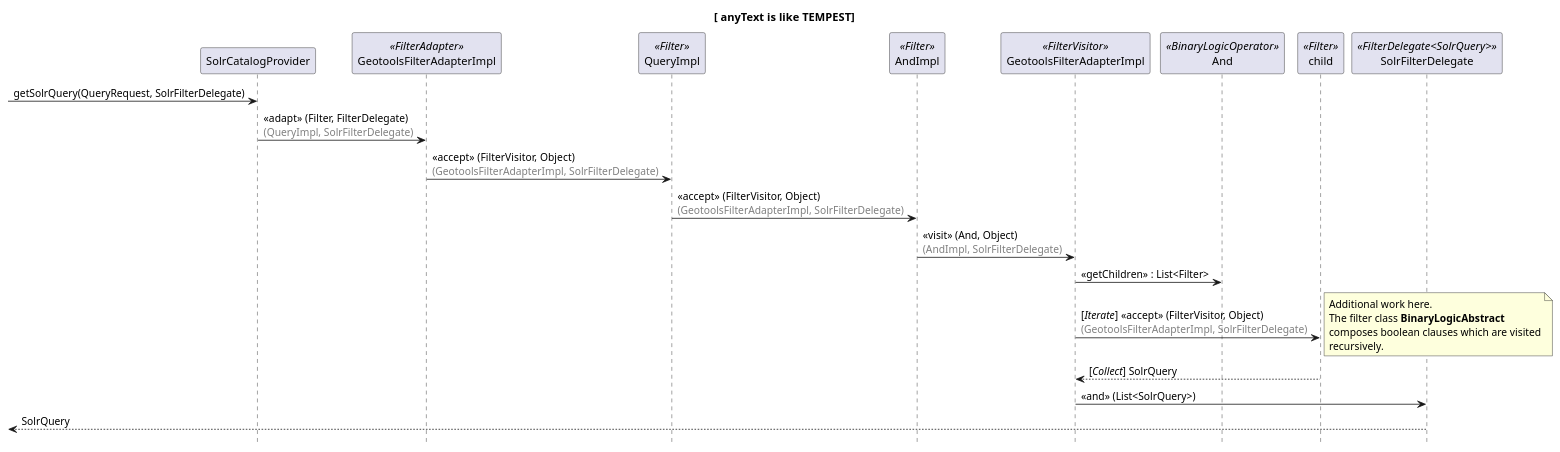
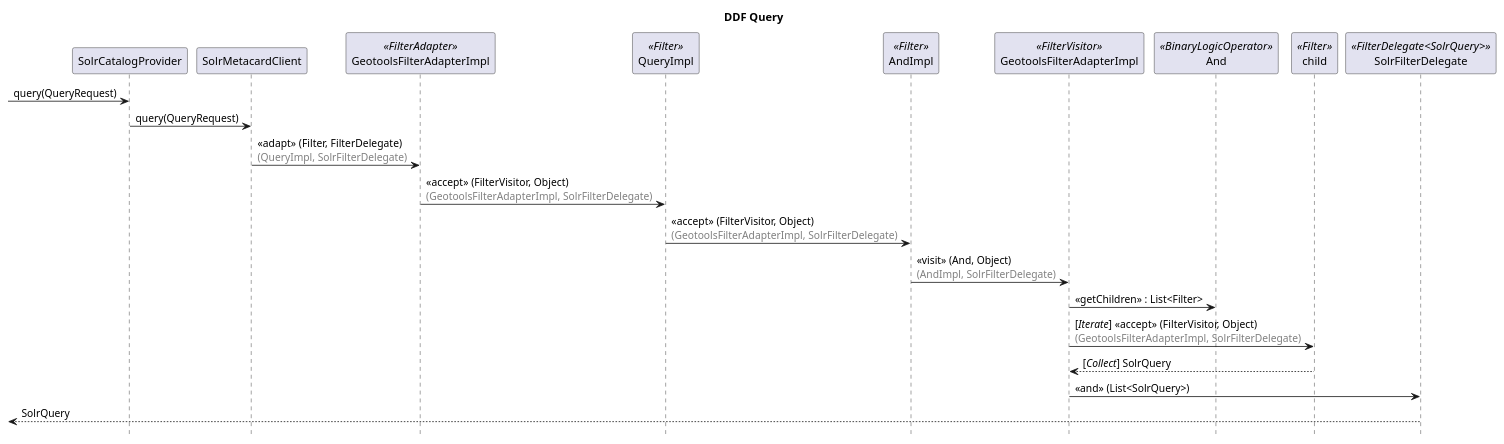
Before and after one commit to ahoffer/diagrams: the diagram in plantuml/Query.puml, drawn with PlantUML.

Commit message:
Added new class

```diff
--- a/plantuml/Query.puml
+++ b/plantuml/Query.puml
@@ -1,40 +1,34 @@
 @startuml
 hide footbox
-title [ anyText is like TEMPEST]
+title DDF Query
 'Full query after transformations:
 '[QueryImpl{filter=QueryImpl{filter=[ anyText is like TEMPEST ], startIndex=1, pageSize=250, requestsTotalResultsCount=true, timeoutMillis=300000, sortBy=SortByImpl{propertyName=ddf.catalog.filter.impl.PropertyNameImpl@37f67888, sortOrder=SortOrder[DESCENDING]}, properties=null}, startIndex=1, pageSize=250, requestsTotalResultsCount=true, timeoutMillis=300000, sortBy=SortByImpl{propertyName=ddf.catalog.filter.impl.PropertyNameImpl@37f67888, sortOrder=SortOrder[DESCENDING]}, properties=null} AND [[ validation-errors IS NULL ]]], startIndex=1, pageSize=250, requestsTotalResultsCount=true, timeoutMillis=300000, sortBy=SortByImpl{propertyName=ddf.catalog.filter.impl.PropertyNameImpl@37f67888, sortOrder=SortOrder[DESCENDING]}, properties=null} AND [[ metacard-tags is like resource ] OR [ metacard-tags IS NULL ]]], startIndex=1, pageSize=250, requestsTotalResultsCount=true, timeoutMillis=300000, sortBy=SortByImpl{propertyName=ddf.catalog.filter.impl.PropertyNameImpl@37f67888, sortOrder=SortOrder[DESCENDING]}, properties=null},sourceIds=<null>,isEnterprise=false]
 
-[-> SolrCatalogProvider: getSolrQuery(QueryRequest, SolrFilterDelegate)
+[-> SolrCatalogProvider: query(QueryRequest)
 
+SolrCatalogProvider -> SolrMetacardClient : query(QueryRequest)
 
 participant GeotoolsFilterAdapterImpl as GeoAdapter  <<FilterAdapter>>
-SolrCatalogProvider -> GeoAdapter : «adapt» (Filter, FilterDelegate)\n<color gray>(QueryImpl, SolrFilterDelegate)</color>
-
+SolrMetacardClient -> GeoAdapter : «adapt» (Filter, FilterDelegate)\n<color gray>(QueryImpl, SolrFilterDelegate)</color>
 
 participant QueryImpl <<Filter>>
 GeoAdapter -> QueryImpl : «accept» (FilterVisitor, Object)\n<color gray>(GeotoolsFilterAdapterImpl, SolrFilterDelegate)</color>
 
 participant AndImpl <<Filter>>
 QueryImpl -> AndImpl : «accept» (FilterVisitor, Object)\n<color gray>(GeotoolsFilterAdapterImpl, SolrFilterDelegate)</color>
 
 participant GeotoolsFilterAdapterImpl as GeoVisitor <<FilterVisitor>>
 AndImpl -> GeoVisitor : «visit» (And, Object)\n<color gray>(AndImpl, SolrFilterDelegate)</color>
 
 participant And <<BinaryLogicOperator>>
 GeoVisitor -> And : «getChildren» : List<Filter>
 'Return list of size 2. QueryImpl and OrImpl
 
 participant child <<Filter>>
 GeoVisitor -> child : [//Iterate//] «accept» (FilterVisitor, Object)\n<color gray>(GeotoolsFilterAdapterImpl, SolrFilterDelegate)</color>
-note right
-  Additional work here.
-  The filter class **BinaryLogicAbstract**
-  composes boolean clauses which are visited
-  recursively.
-end note
 return [//Collect//] SolrQuery
 
 participant SolrFilterDelegate <<FilterDelegate<SolrQuery>>>
 GeoVisitor -> SolrFilterDelegate : «and» (List<SolrQuery>)
 [<-- SolrFilterDelegate: SolrQuery
 @enduml
```
